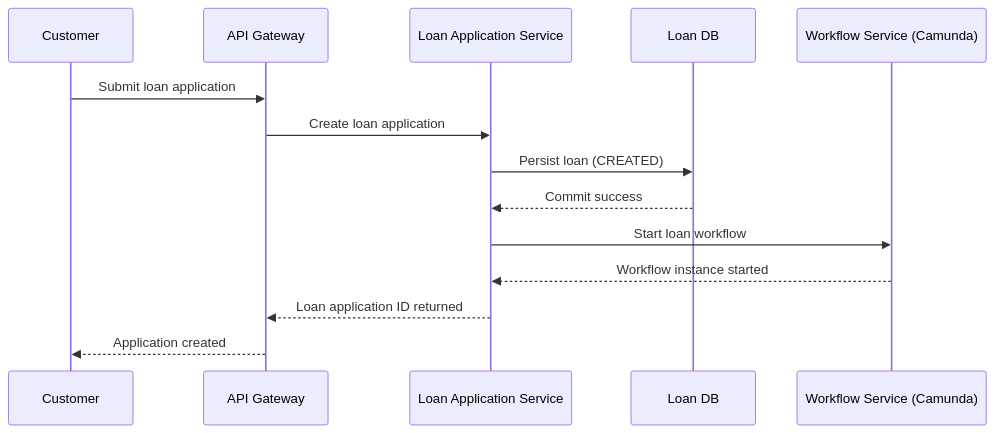
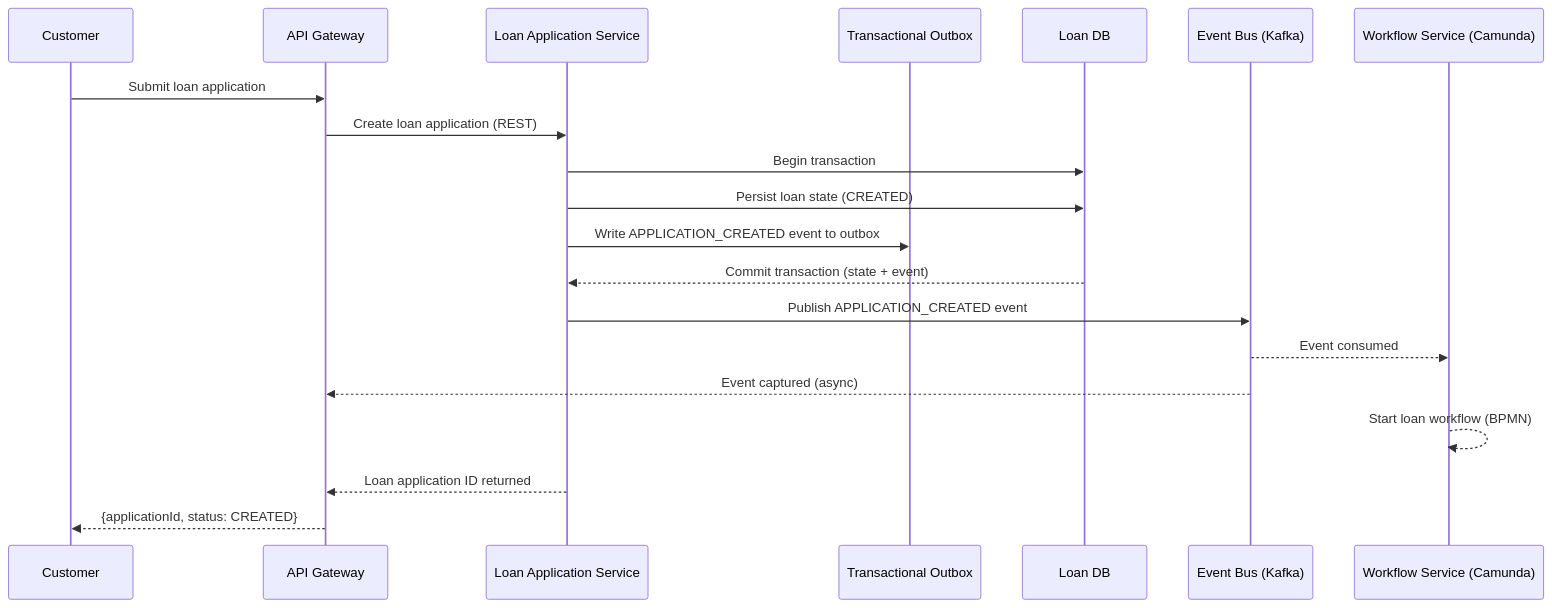
The diagram in docs/integration/daigrams/sequence/loan-creation.mmd (digital-loan-org/digital-loan-architecture), drawn with Mermaid before and after one commit. The commit also changed 19 other files, not shown here.

Commit message:
Updated the architecture

```diff
--- a/docs/integration/daigrams/sequence/loan-creation.mmd
+++ b/docs/integration/daigrams/sequence/loan-creation.mmd
@@ -1,15 +1,21 @@
 sequenceDiagram
     participant Customer
     participant API as API Gateway
     participant Loan as Loan Application Service
+    participant Outbox as Transactional Outbox
     participant DB as Loan DB
+    participant Kafka as Event Bus (Kafka)
     participant WF as Workflow Service (Camunda)
 
     Customer->>API: Submit loan application
-    API->>Loan: Create loan application
-    Loan->>DB: Persist loan (CREATED)
-    DB-->>Loan: Commit success
-    Loan->>WF: Start loan workflow
-    WF-->>Loan: Workflow instance started
+    API->>Loan: Create loan application (REST)
+    Loan->>DB: Begin transaction
+    Loan->>DB: Persist loan state (CREATED)
+    Loan->>Outbox: Write APPLICATION_CREATED event to outbox
+    DB-->>Loan: Commit transaction (state + event)
+    Loan->>Kafka: Publish APPLICATION_CREATED event
+    Kafka-->>WF: Event consumed
+    Kafka-->>API: Event captured (async)
+    WF-->>WF: Start loan workflow (BPMN)
     Loan-->>API: Loan application ID returned
-    API-->>Customer: Application created
+    API-->>Customer: {applicationId, status: CREATED}
```
